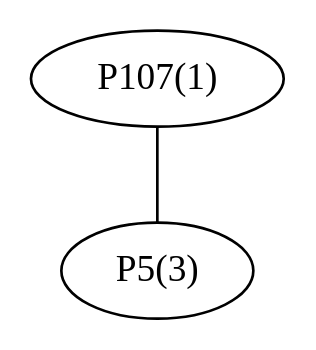
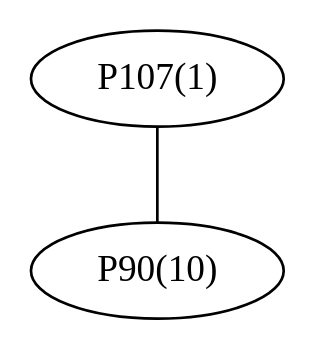
The diagram in files/P107/graph_P107.dot (afkpost/P2PN_2014), drawn with Graphviz before and after one commit. The commit also changed 110 other files, not shown here.

```diff
--- a/files/P107/graph_P107.dot
+++ b/files/P107/graph_P107.dot
@@ -1,5 +1,5 @@
 graph network {
 	"P107(1)";
-	"P5(3)";
-	"P107(1)" -- "P5(3)";
+	"P90(10)";
+	"P107(1)" -- "P90(10)";
 }
```
